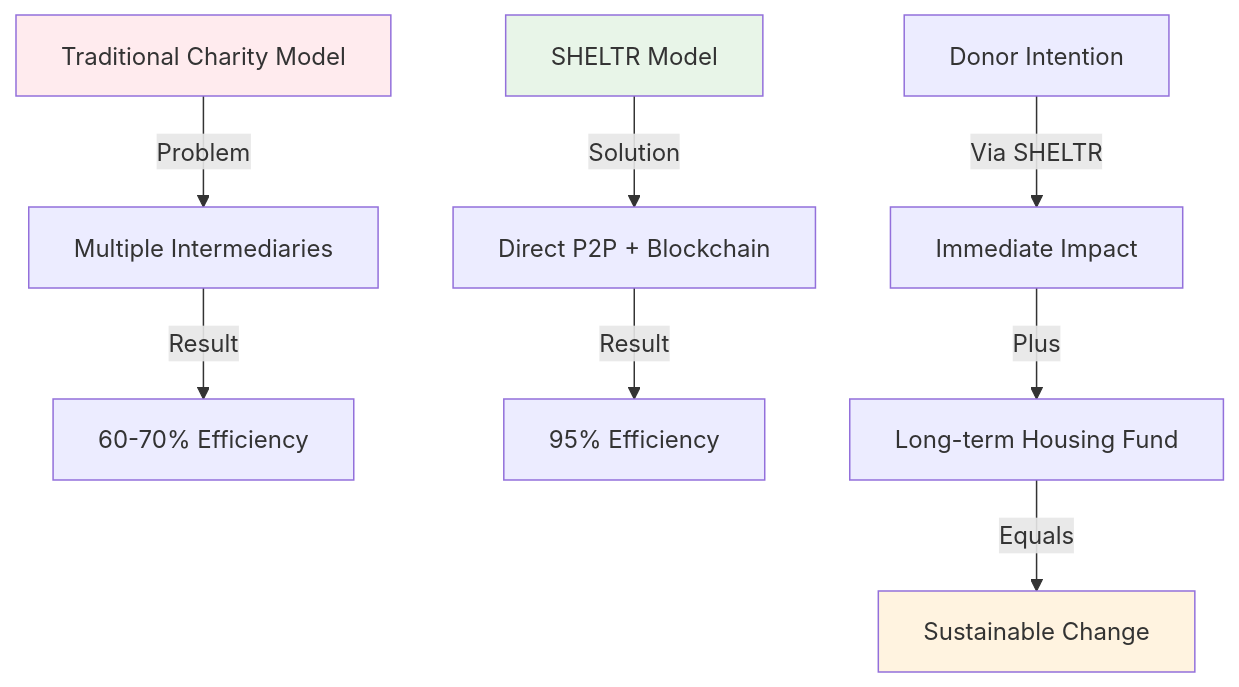
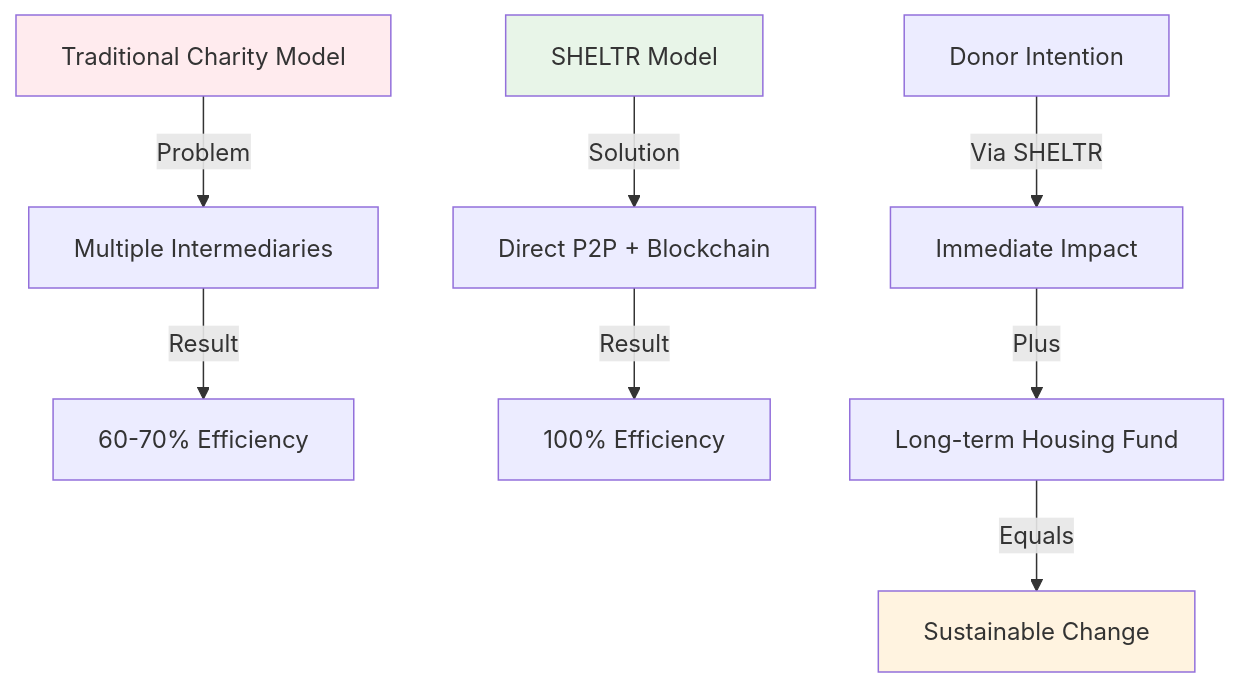
One commit to mrj0nesmtl/sheltr-ai changed the first of 4 diagrams in docs/02-architecture/whitepaper_final.md. Above: the diagram before and after it, drawn with Mermaid. The commit also changed other lines of this file and 27 other files, not shown here.

````diff
--- a/docs/02-architecture/whitepaper_final.md
+++ b/docs/02-architecture/whitepaper_final.md
@@ -66,16 +66,16 @@
 ```mermaid
 graph TD
     A[Traditional Charity Model] -->|Problem| B[Multiple Intermediaries]
     B -->|Result| C[60-70% Efficiency]
     
     D[SHELTR Model] -->|Solution| E[Direct P2P + Blockchain]
-    E -->|Result| F[95% Efficiency]
+    E -->|Result| F[100% Efficiency]
     
     G[Donor Intention] -->|Via SHELTR| H[Immediate Impact]
     H -->|Plus| I[Long-term Housing Fund]
     I -->|Equals| J[Sustainable Change]
     
     style A fill:#ffebee
     style D fill:#e8f5e8
     style J fill:#fff3e0
 ```
````
